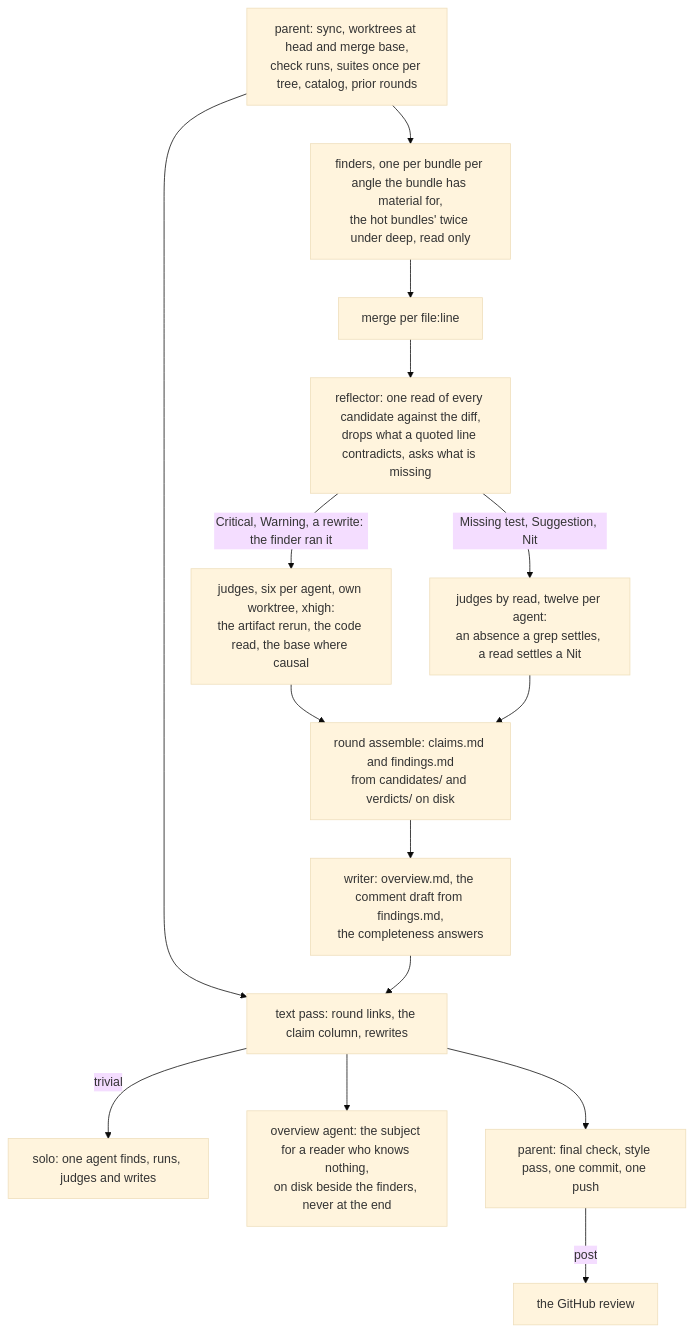
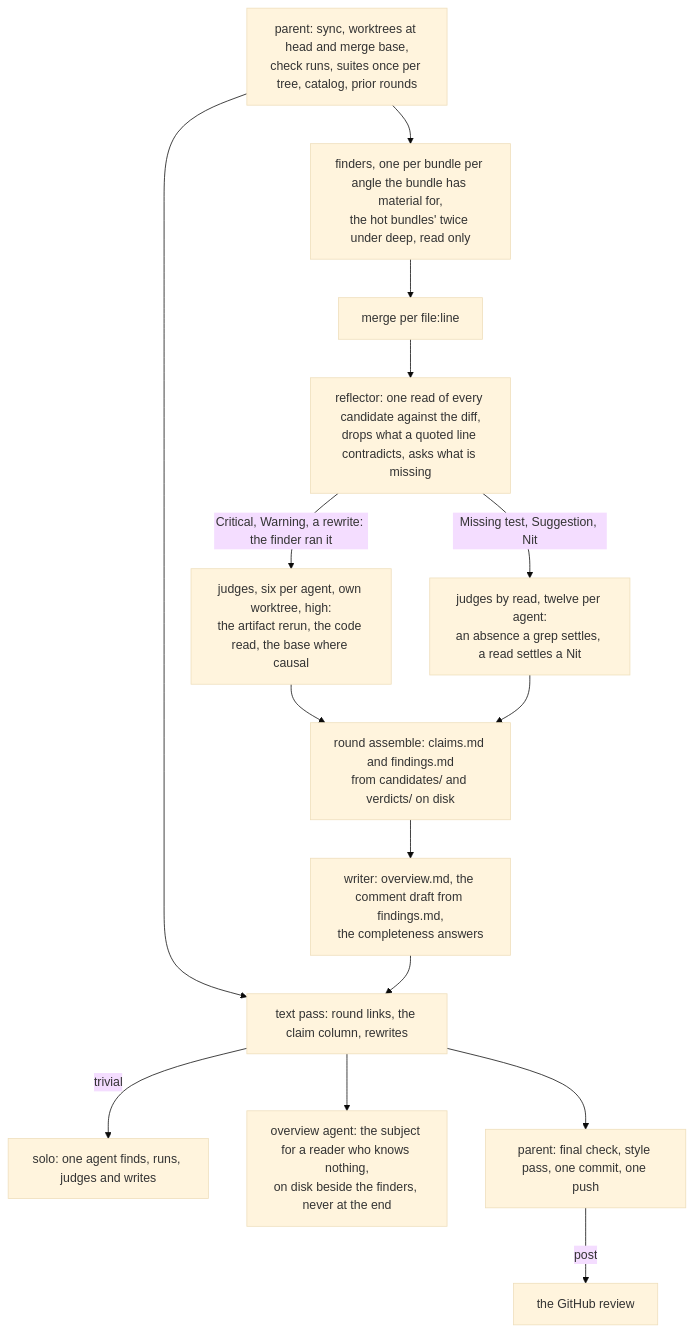
The diagram in README.md (davd-gzl/skills), drawn with Mermaid (base theme) before and after one commit. The commit also changed other lines of this file and 1 other file, not shown here.

Commit message:
review: every stage at high, never xhigh, on the user's word; the xhigh measurement kept for retros

````diff
--- a/README.md
+++ b/README.md
@@ -115,17 +115,17 @@
 ```mermaid
 flowchart TD
   P[parent: sync, worktrees at head and merge base,<br/>check runs, suites once per tree, catalog, prior rounds] --> F
   P --> T[triage: one short read names the change's class,<br/>trivial, simple, normal or complex, and the class sets the shape]
   T -->|trivial| X[solo: one agent finds, runs, judges and writes]
   T --> O[overview agent: the subject for a reader who knows nothing,<br/>on disk beside the finders, never at the end]
   F[finders, one per bundle per angle the bundle has material for,<br/>the hot bundles' twice under deep, read only] --> M[merge per file:line]
   M --> R[reflector: one read of every candidate against the diff,<br/>drops what a quoted line contradicts, asks what is missing]
-  R -->|Critical, Warning, a rewrite: the finder ran it| J[judges, six per agent, own worktree, xhigh:<br/>the artifact rerun, the code read, the base where causal]
+  R -->|Critical, Warning, a rewrite: the finder ran it| J[judges, six per agent, own worktree, high:<br/>the artifact rerun, the code read, the base where causal]
   R -->|Missing test, Suggestion, Nit| K[judges by read, twelve per agent:<br/>an absence a grep settles, a read settles a Nit]
   J --> A[round assemble: claims.md and findings.md<br/>from candidates/ and verdicts/ on disk]
   K --> A
   A --> W[writer: overview.md, the comment draft from findings.md,<br/>the completeness answers]
   W --> T[text pass: round links, the claim column, rewrites]
   T --> Q[parent: final check, style pass, one commit, one push]
   Q -->|post| G[the GitHub review]
 ```
````
